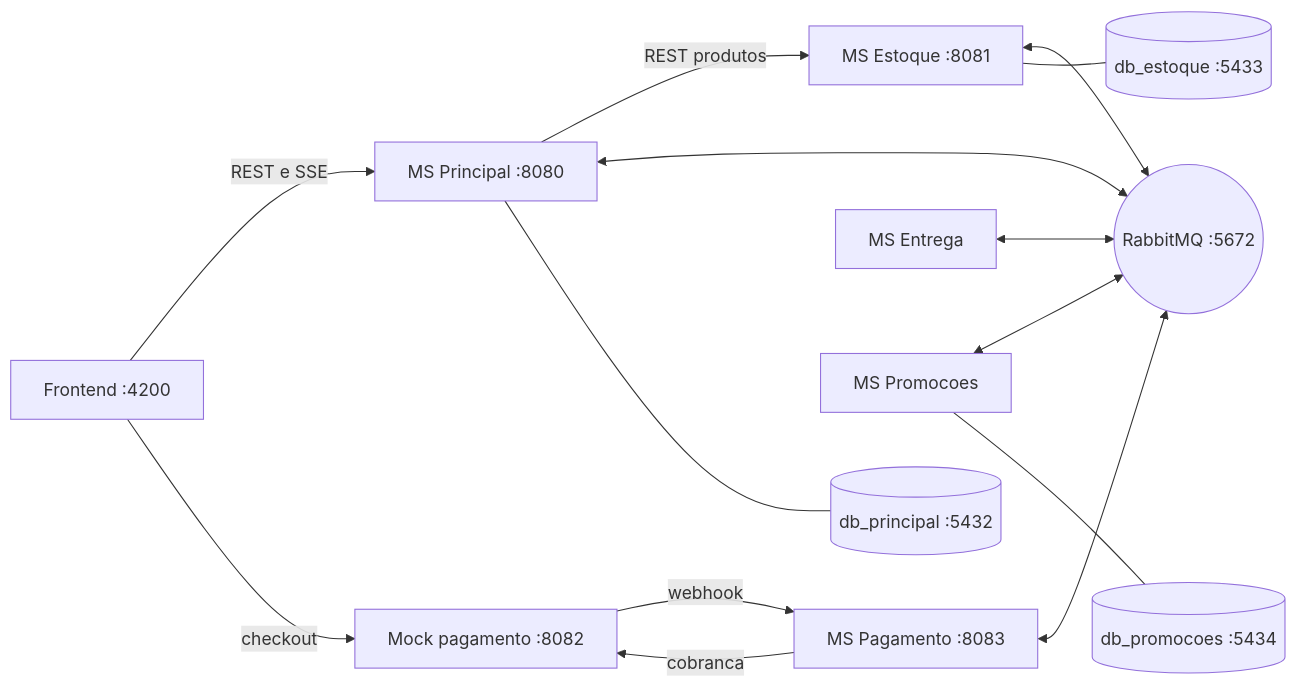
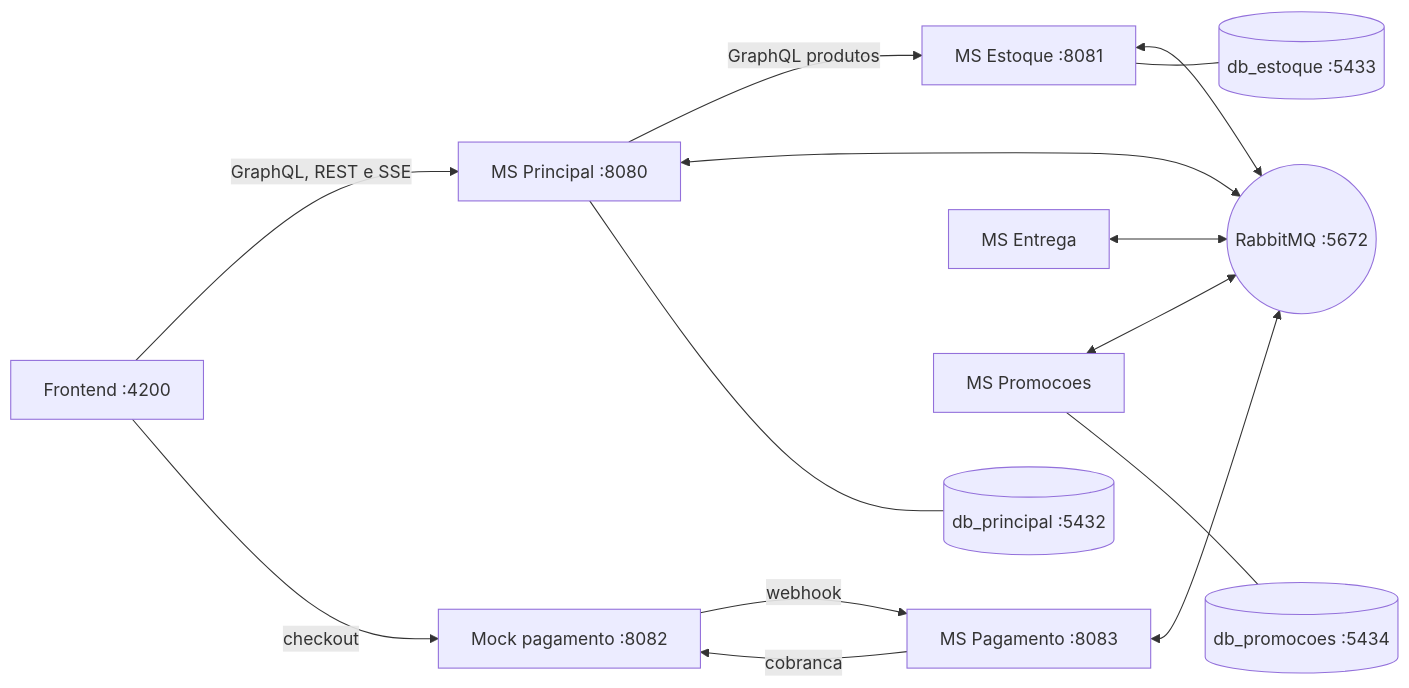
Before and after one commit to GabFMM/e-commerce-sd: the first of 2 diagrams in docs/backend.md, drawn with Mermaid. The commit also changed other lines of this file and 33 other files, not shown here.

````diff
--- a/docs/backend.md
+++ b/docs/backend.md
@@ -16,28 +16,28 @@
 ```mermaid
 flowchart LR
     FE["Frontend :4200"]
     PR["MS Principal :8080"]
     ES["MS Estoque :8081"]
     PG["MS Pagamento :8083"]
     EN["MS Entrega"]
     PM["MS Promocoes"]
     MK["Mock pagamento :8082"]
     MQ(("RabbitMQ :5672"))
     DP[("db_principal :5432")]
     DE[("db_estoque :5433")]
     DM[("db_promocoes :5434")]
 
-    FE -- "REST e SSE" --> PR
+    FE -- "GraphQL, REST e SSE" --> PR
     FE -- "checkout" --> MK
-    PR -- "REST produtos" --> ES
+    PR -- "GraphQL produtos" --> ES
     MK -- "webhook" --> PG
     PG -- "cobranca" --> MK
     PR <--> MQ
     ES <--> MQ
     PG <--> MQ
     EN <--> MQ
     PM <--> MQ
     PR --- DP
     ES --- DE
     PM --- DM
 ```
````
